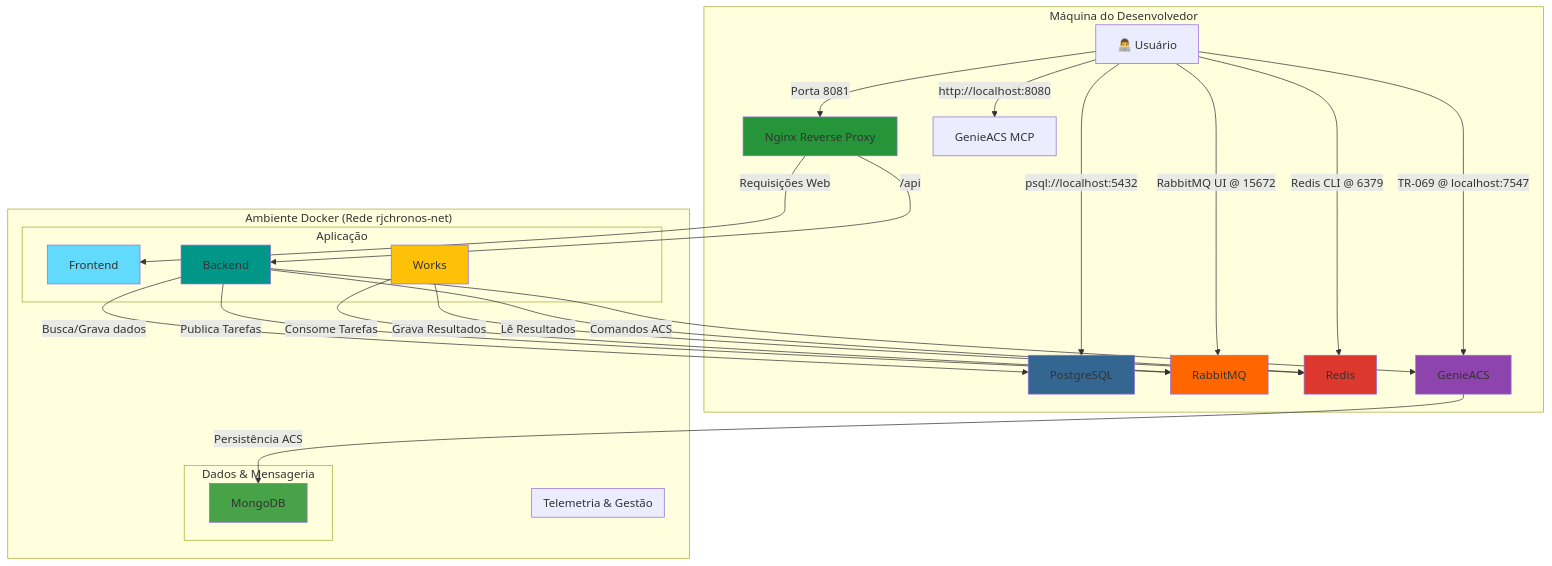
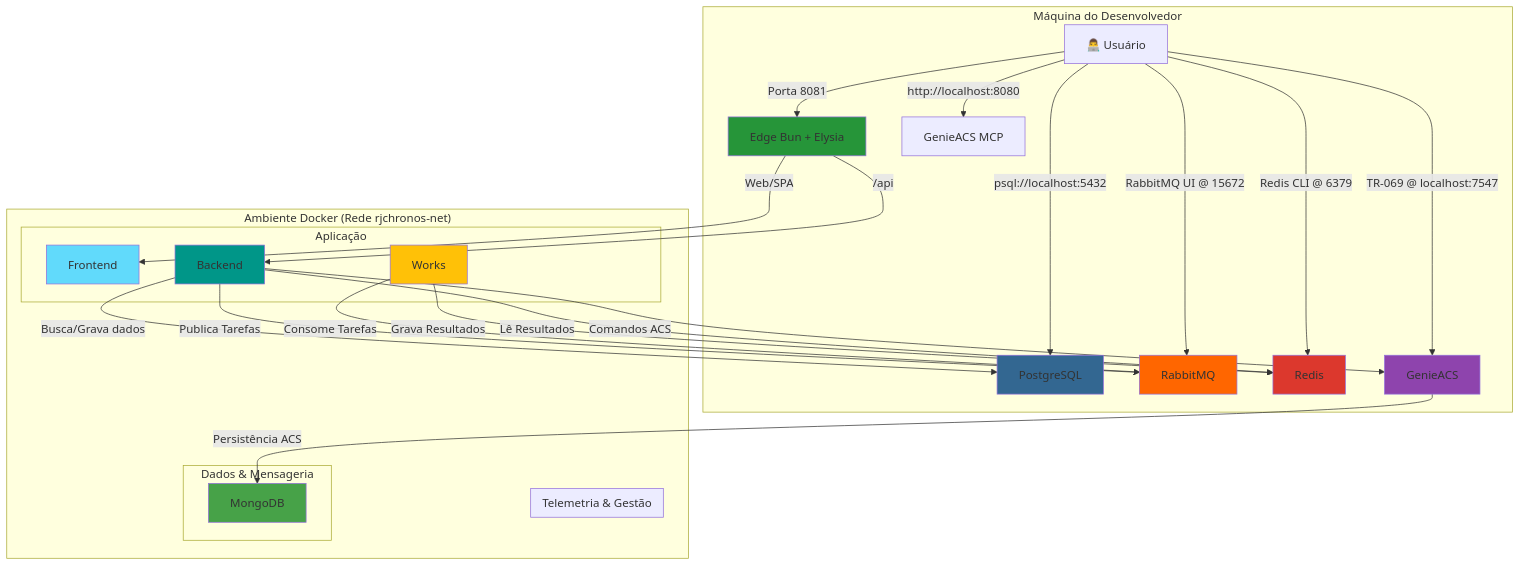
One commit to GustSR/RJChronosConnect changed the diagram in DEVELOPMENT.md. Above: the diagram before and after it, drawn with Mermaid. The commit also changed other lines of this file and 35 other files, not shown here.

Commit message:
reaf: refatoração do back-end e adicionado a stack 'bun, elysia and better auth'.

````diff
--- a/DEVELOPMENT.md
+++ b/DEVELOPMENT.md
@@ -39,56 +39,56 @@
 ```mermaid
 graph TD
     subgraph "Máquina do Desenvolvedor"
-        U["👨‍💻 Usuário"] -- "Porta 8081" --> RP
+        U["👨‍💻 Usuário"] -- "Porta 8081" --> EDGE
         U -- "psql://localhost:5432" --> DB_APP[PostgreSQL]
         U -- "RabbitMQ UI @ 15672" --> RMQ
         U -- "Redis CLI @ 6379" --> REDIS
         U -- "http://localhost:8080" --> MCP[GenieACS MCP]
         U -- "TR-069 @ localhost:7547" --> G[GenieACS]
     end
 
     subgraph "Ambiente Docker (Rede rjchronos-net)"
-        RP[Nginx Reverse Proxy]
+        EDGE[Edge Bun + Elysia]
 
         subgraph "Aplicação"
             F[Frontend]
             B[Backend]
             W[Works]
         end
 
         subgraph "Telemetria & Gestão"
             G
             MCP
         end
 
         subgraph "Dados & Mensageria"
             DB_APP
             DB_ACS[MongoDB]
             REDIS[Redis]
             RMQ[RabbitMQ]
         end
 
-        RP -- "Requisições Web" --> F
-        RP -- "/api" --> B
+        EDGE -- "Web/SPA" --> F
+        EDGE -- "/api" --> B
 
         B -- "Busca/Grava dados" --> DB_APP
         B -- "Comandos ACS" --> G
         B -- "Publica Tarefas" --> RMQ
 
         W -- "Consome Tarefas" --> RMQ
         W -- "Grava Resultados" --> REDIS
         B -- "Lê Resultados" --> REDIS
 
         G -- "Persistência ACS" --> DB_ACS
     end
 
     style F fill:#61DAFB
     style B fill:#009688
     style W fill:#FFC107
     style G fill:#8E44AD
     style DB_APP fill:#336791
     style DB_ACS fill:#47A248
     style REDIS fill:#DC382D
     style RMQ fill:#FF6600
-    style RP fill:#269539
+    style EDGE fill:#269539
 ```
````
